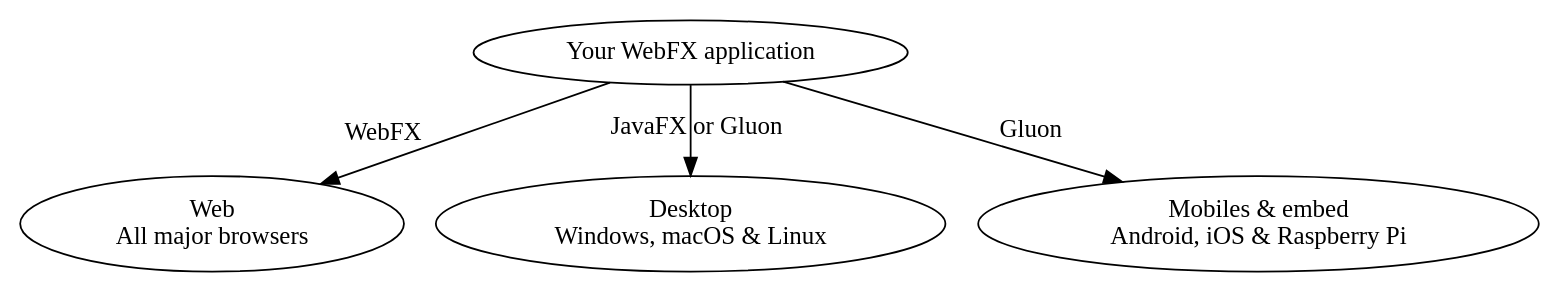
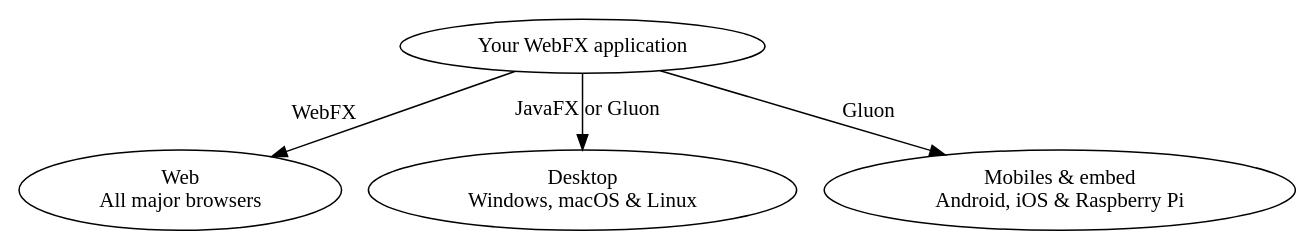
The second of 5 diagrams in src/main/asciidoc/WebFX.adoc (webfx-project/webfx-docs), drawn with Graphviz before and after one commit.

Commit message:
Added cross-platform graphic size (was too big on the website)

```diff
--- a/src/main/asciidoc/WebFX.adoc
+++ b/src/main/asciidoc/WebFX.adoc
@@ -71,8 +71,9 @@
 [graphviz, format=svg, opts="inline"]
 ----
 digraph {
+    size="10,10!";
     "Your WebFX application" -> "Web\nAll major browsers" [headlabel="WebFX" labeldistance=4.5 labelangle=20];
     "Your WebFX application" -> "Desktop\nWindows, macOS & Linux" [headlabel="JavaFX or Gluon" labeldistance=2.7 labelangle=-7];
     "Your WebFX application" -> "Mobiles & embed\nAndroid, iOS & Raspberry Pi" [label="Gluon"];
 }
 ----
```
